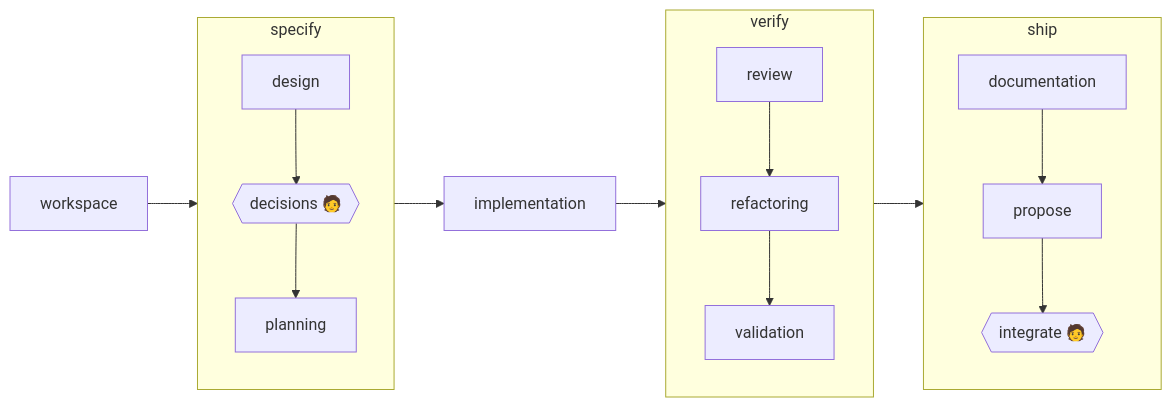
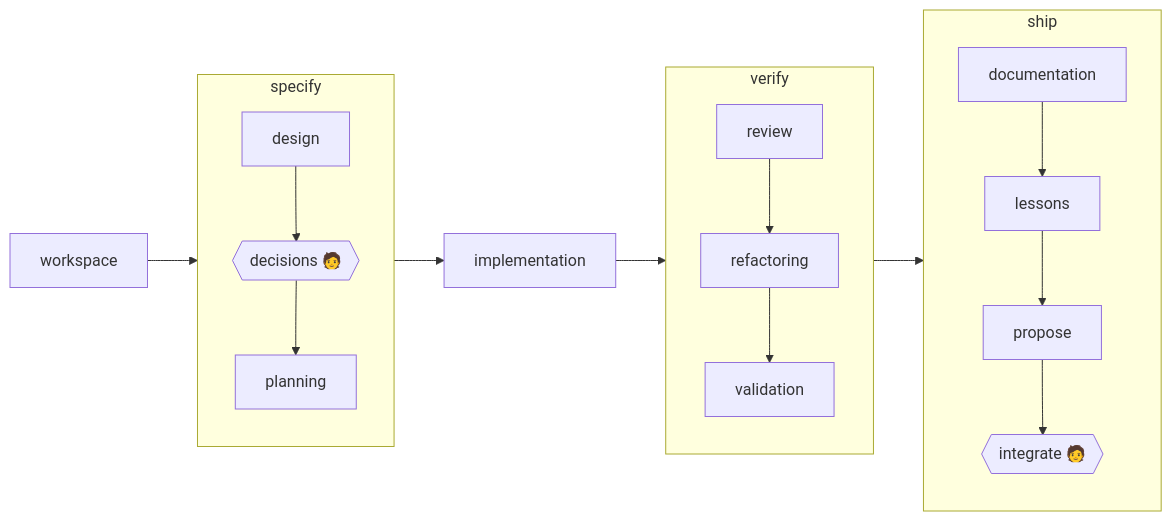
Before and after one commit to scolladon/craft: the first of 2 diagrams in README.md, drawn with Mermaid. The commit also changed other lines of this file and 60 other files, not shown here.

````diff
--- a/README.md
+++ b/README.md
@@ -15,15 +15,15 @@
 ```mermaid
 flowchart LR
   W[workspace] --> spec
   subgraph spec [specify]
     D[design] --> DC{{"decisions 🧑"}} --> P[planning]
   end
   spec --> I[implementation] --> verify
   subgraph verify [verify]
     R[review] --> RF[refactoring] --> V[validation]
   end
   verify --> ship
   subgraph ship [ship]
-    DO[documentation] --> PR[propose] --> IN{{"integrate 🧑"}}
+    DO[documentation] --> LE[lessons] --> PR[propose] --> IN{{"integrate 🧑"}}
   end
 ```
````
